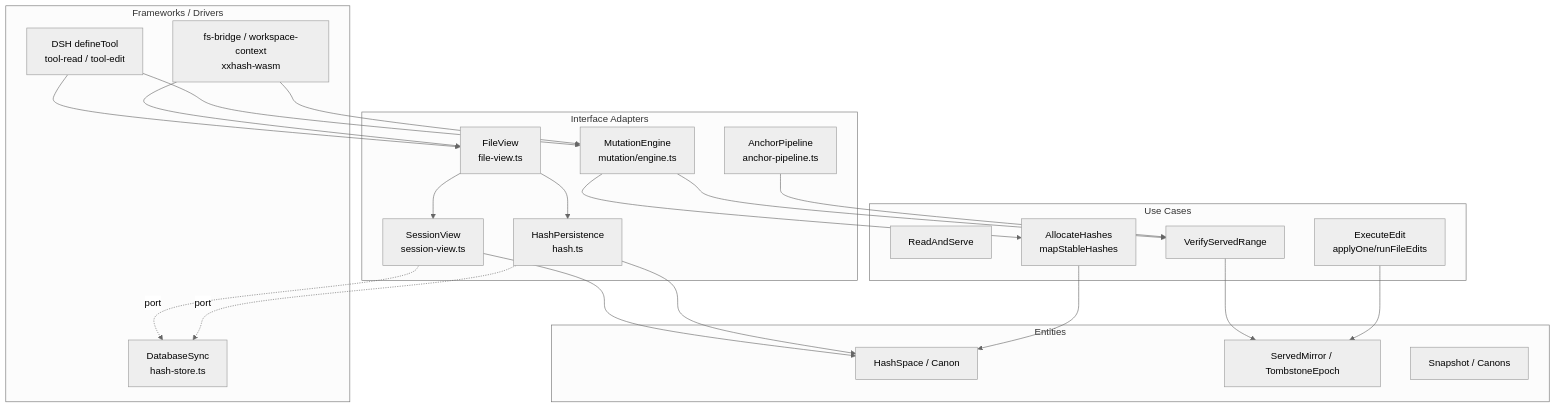
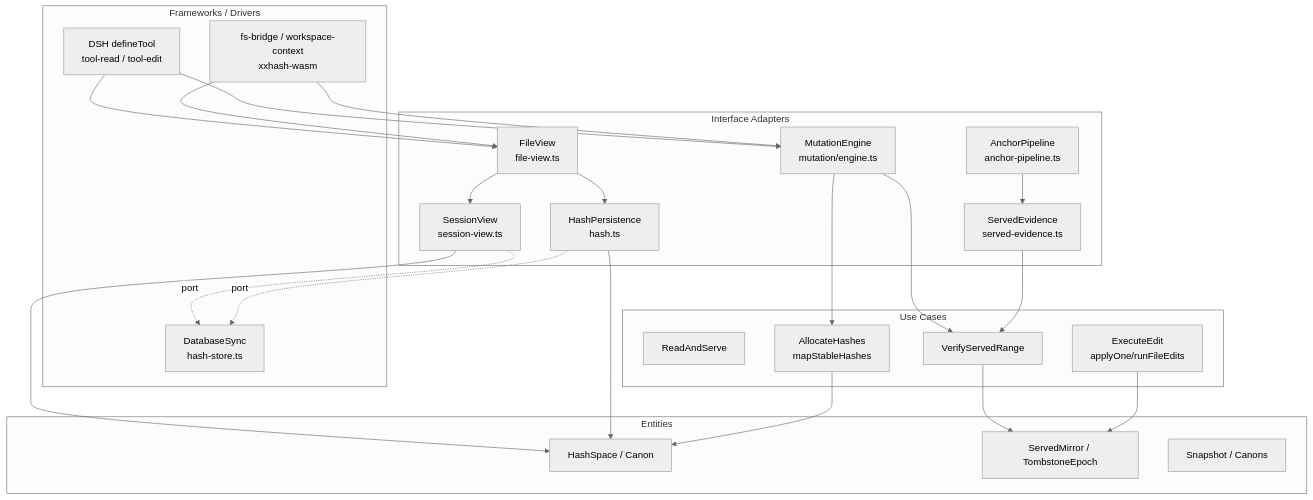
Before and after one commit to Rianico/dsh-better-edit: the diagram in docs/specs/architecture-adr0013.md, drawn with Mermaid (neutral theme). The commit also changed other lines of this file and 22 other files, not shown here.

````diff
--- a/docs/specs/architecture-adr0013.md
+++ b/docs/specs/architecture-adr0013.md
@@ -59,48 +60,50 @@
 ```mermaid
 graph TD
   subgraph OUTER["Frameworks / Drivers"]
     DSH["DSH defineTool<br/>tool-read / tool-edit"]
     SQLite["DatabaseSync<br/>hash-store.ts"]
     FS["fs-bridge / workspace-context<br/>xxhash-wasm"]
   end
 
   subgraph ADAPTERS["Interface Adapters"]
     FV["FileView<br/>file-view.ts"]
     SV["SessionView<br/>session-view.ts"]
     ME["MutationEngine<br/>mutation/engine.ts"]
     AP["AnchorPipeline<br/>anchor-pipeline.ts"]
+    SE["ServedEvidence<br/>served-evidence.ts"]
     HP["HashPersistence<br/>hash.ts"]
   end
 
   subgraph USECASES["Use Cases"]
     RNS["ReadAndServe"]
     VSR["VerifyServedRange"]
     ALLOC["AllocateHashes<br/>mapStableHashes"]
     EXEC["ExecuteEdit<br/>applyOne/runFileEdits"]
   end
 
   subgraph ENTITIES["Entities"]
     HS["HashSpace / Canon"]
     SM["ServedMirror / TombstoneEpoch"]
     SN["Snapshot / Canons"]
   end
 
   DSH --> FV
   DSH --> ME
   FV --> HP
   FV --> SV
   ME --> VSR
   ME --> ALLOC
-  AP --> VSR
+  AP --> SE
+  SE --> VSR
   SV --> HS
   HP --> HS
   VSR --> SM
   ALLOC --> HS
   EXEC --> SM
   SV -.->|port| SQLite
   HP -.->|port| SQLite
   FS --> FV
   FS --> ME
 
   %% Dependency Rule: outer -> inner only
 ```
````
